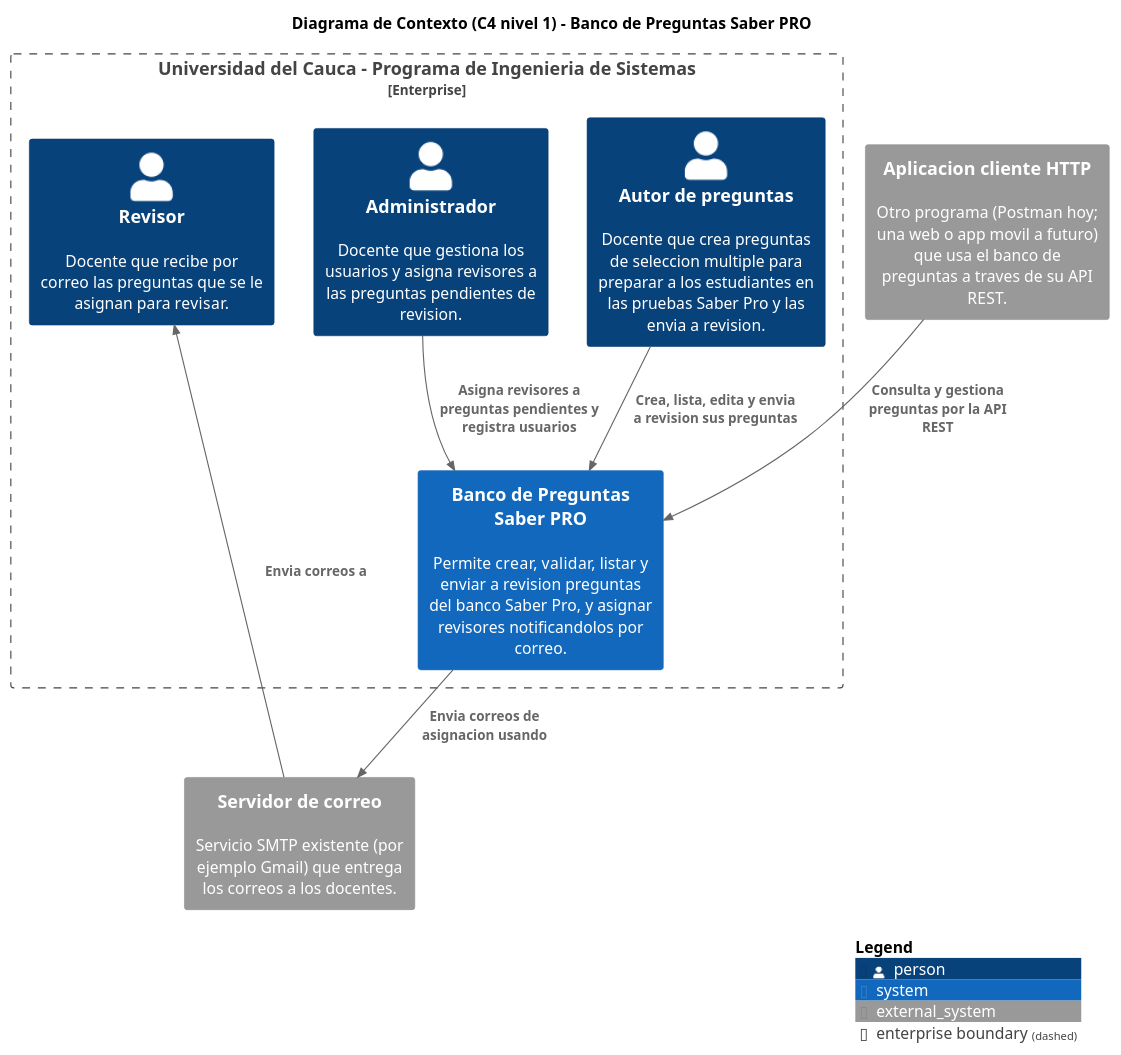
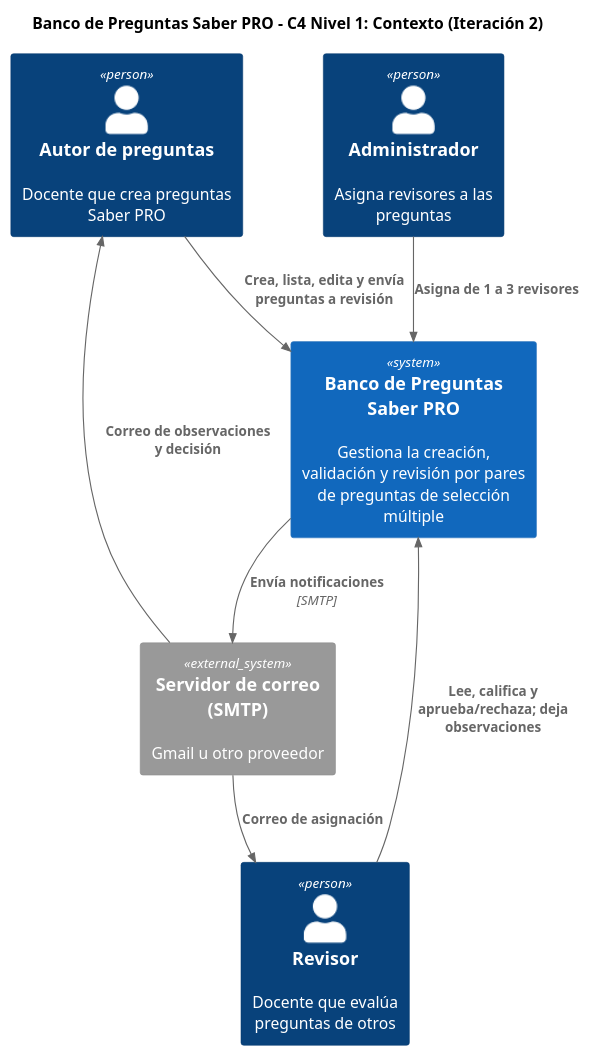
One commit to martinezgrasantiago214/BANCO_PREGUNTAS_SABER_PRO changed the diagram in docs/diagramas/01-c4-contexto.puml. Above: the diagram before and after it, drawn with PlantUML. The commit also changed 395 other files, not shown here.

```diff
--- a/docs/diagramas/01-c4-contexto.puml
+++ b/docs/diagramas/01-c4-contexto.puml
@@ -1,23 +1,18 @@
 @startuml c4-contexto
-!include https://raw.githubusercontent.com/plantuml-stdlib/C4-PlantUML/master/C4_Context.puml
-LAYOUT_TOP_DOWN()
-title Diagrama de Contexto (C4 nivel 1) - Banco de Preguntas Saber PRO
+!include <C4/C4_Context>
+title Banco de Preguntas Saber PRO - C4 Nivel 1: Contexto (Iteración 2)
 
-Enterprise_Boundary(unicauca, "Universidad del Cauca - Programa de Ingenieria de Sistemas") {
-  Person(autor, "Autor de preguntas", "Docente que crea preguntas de seleccion multiple para preparar a los estudiantes en las pruebas Saber Pro y las envia a revision.")
-  Person(admin, "Administrador", "Docente que gestiona los usuarios y asigna revisores a las preguntas pendientes de revision.")
-  Person(revisor, "Revisor", "Docente que recibe por correo las preguntas que se le asignan para revisar.")
-  System(banco, "Banco de Preguntas Saber PRO", "Permite crear, validar, listar y enviar a revision preguntas del banco Saber Pro, y asignar revisores notificandolos por correo.")
-}
+Person(autor, "Autor de preguntas", "Docente que crea preguntas Saber PRO")
+Person(admin, "Administrador", "Asigna revisores a las preguntas")
+Person(revisor, "Revisor", "Docente que evalúa preguntas de otros")
 
-System_Ext(correo, "Servidor de correo", "Servicio SMTP existente (por ejemplo Gmail) que entrega los correos a los docentes.")
-System_Ext(cliente, "Aplicacion cliente HTTP", "Otro programa (Postman hoy; una web o app movil a futuro) que usa el banco de preguntas a traves de su API REST.")
+System(banco, "Banco de Preguntas Saber PRO", "Gestiona la creación, validación y revisión por pares de preguntas de selección múltiple")
+System_Ext(smtp, "Servidor de correo (SMTP)", "Gmail u otro proveedor")
 
-Rel(autor, banco, "Crea, lista, edita y envia a revision sus preguntas")
-Rel(admin, banco, "Asigna revisores a preguntas pendientes y registra usuarios")
-Rel(cliente, banco, "Consulta y gestiona preguntas por la API REST")
-Rel(banco, correo, "Envia correos de asignacion usando")
-Rel(correo, revisor, "Envia correos a")
-
-SHOW_LEGEND()
+Rel(autor, banco, "Crea, lista, edita y envía preguntas a revisión")
+Rel(admin, banco, "Asigna de 1 a 3 revisores")
+Rel(revisor, banco, "Lee, califica y aprueba/rechaza; deja observaciones")
+Rel(banco, smtp, "Envía notificaciones", "SMTP")
+Rel(smtp, revisor, "Correo de asignación")
+Rel(smtp, autor, "Correo de observaciones y decisión")
 @enduml
```
